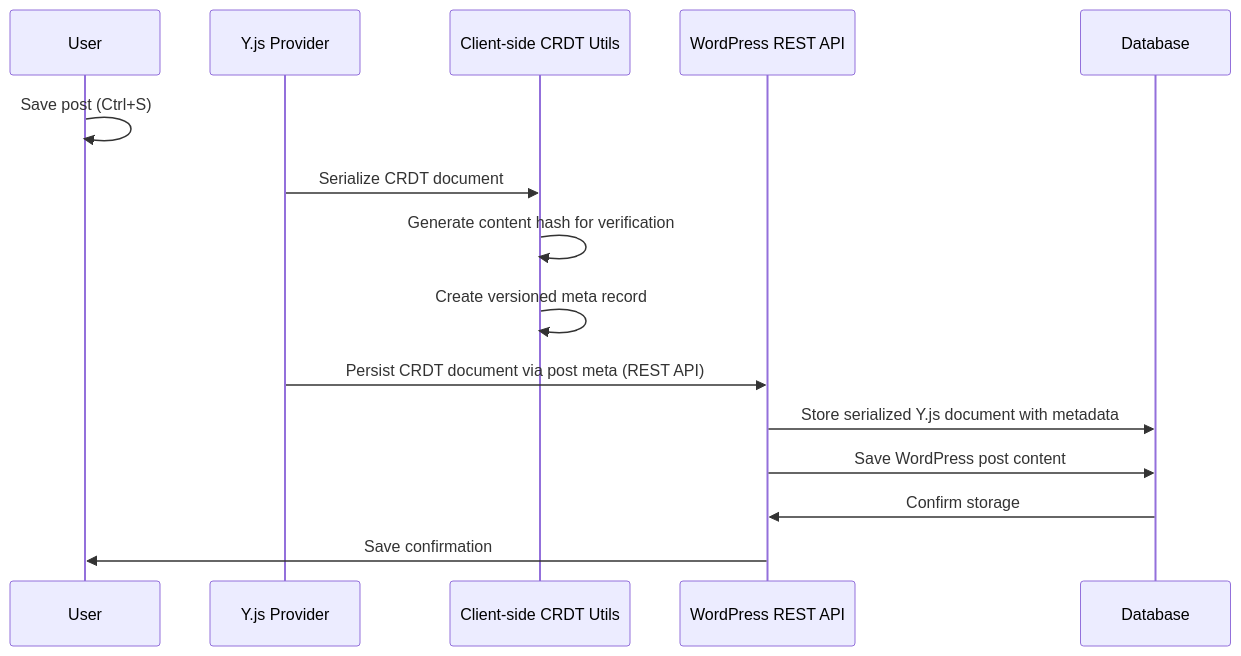
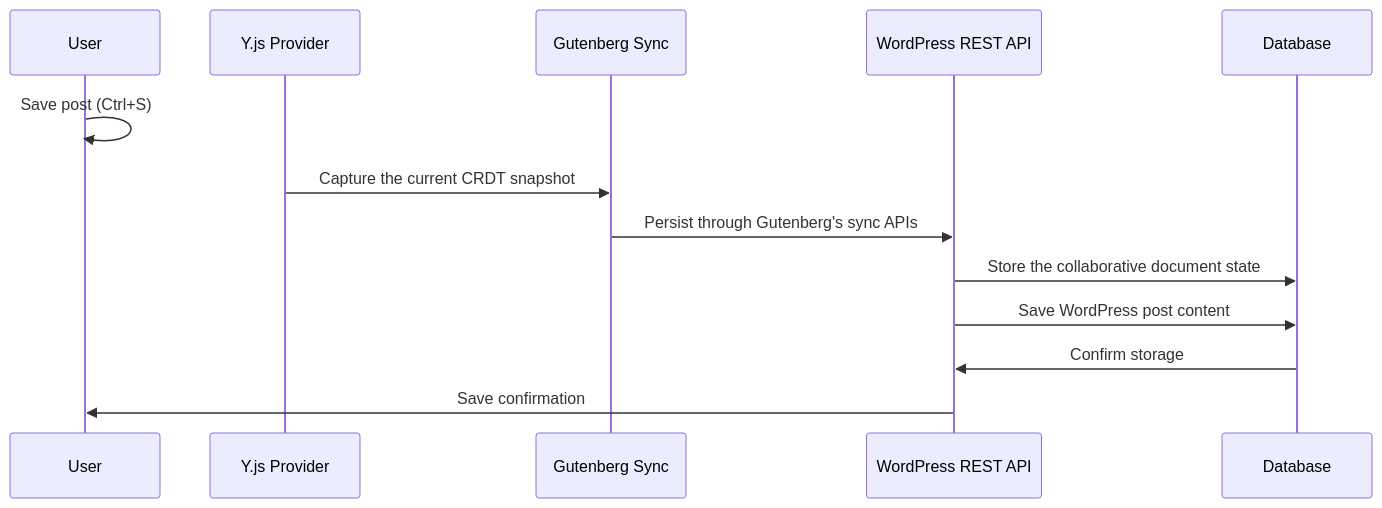
Before and after one commit to Automattic/vip-real-time-collaboration: the sixth of 6 diagrams in docs/SYSTEM_ARCHITECTURE.md, drawn with Mermaid. The commit also changed other lines of this file and 2 other files, not shown here.

````diff
--- a/docs/SYSTEM_ARCHITECTURE.md
+++ b/docs/SYSTEM_ARCHITECTURE.md
@@ -154,18 +150,16 @@
 ```mermaid
 sequenceDiagram
     participant User as User
     participant YJS as Y.js Provider
-    participant Client as Client-side CRDT Utils
+    participant Sync as Gutenberg Sync
     participant WP as WordPress REST API
     participant DB as Database
 
     User->>User: Save post (Ctrl+S)
-    YJS->>Client: Serialize CRDT document
-    Client->>Client: Generate content hash for verification
-    Client->>Client: Create versioned meta record
-    YJS->>WP: Persist CRDT document via post meta (REST API)
-    WP->>DB: Store serialized Y.js document with metadata
+    YJS->>Sync: Capture the current CRDT snapshot
+    Sync->>WP: Persist through Gutenberg's sync APIs
+    WP->>DB: Store the collaborative document state
     WP->>DB: Save WordPress post content
     DB->>WP: Confirm storage
     WP->>User: Save confirmation
 ```
````
